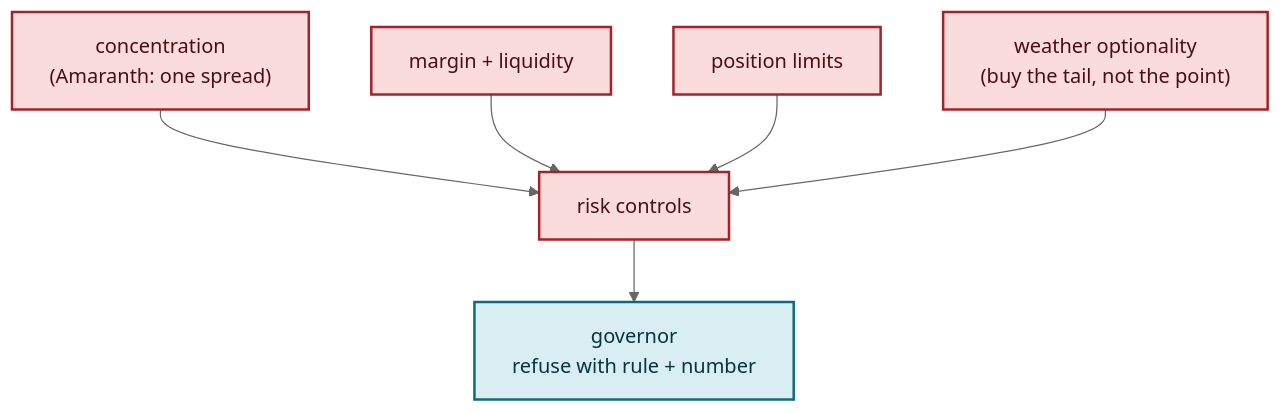
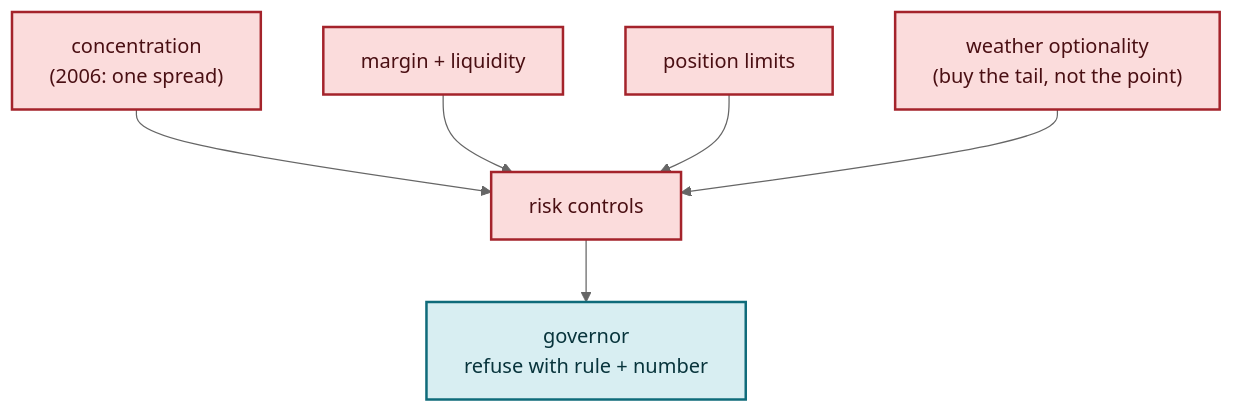
One commit to intametrix/CryptAlyst changed the diagram in docs/uk-gas/u12-risk.mmd. Above: the diagram before and after it, drawn with Mermaid (neutral theme). The commit also changed 11 other files, not shown here.

```diff
--- a/docs/uk-gas/u12-risk.mmd
+++ b/docs/uk-gas/u12-risk.mmd
@@ -1,17 +1,17 @@
 flowchart TD
-    R1["concentration<br/>(Amaranth: one spread)"] --> R["risk controls"]
+    R1["concentration<br/>(2006: one spread)"] --> R["risk controls"]
     R2["margin + liquidity"] --> R
     R3["position limits"] --> R
     R4["weather optionality<br/>(buy the tail, not the point)"] --> R
     R --> GOV["governor<br/>refuse with rule + number"]
     class R1,R2,R3,R4 c_risk
     class R c_risk
     class GOV c_control
 %% colour by role
 classDef c_market  fill:#dbe9fb,stroke:#1d4e89,color:#0b2545,stroke-width:2px;
 classDef c_intel   fill:#d9f2e3,stroke:#1d7a4d,color:#0d3b26,stroke-width:2px;
 classDef c_model   fill:#ffe9c7,stroke:#b7791f,color:#4a2f00,stroke-width:2px;
 classDef c_risk    fill:#fbdcdc,stroke:#a4232b,color:#4a0f13,stroke-width:2px;
 classDef c_control fill:#d8eef2,stroke:#0f6b7a,color:#08343c,stroke-width:2px;
 classDef c_store   fill:#e9e3f7,stroke:#5b3fa8,color:#2a1a55,stroke-width:2px;
 classDef c_neutral fill:#eef1f5,stroke:#4b5b6e,color:#1f2b38,stroke-width:2px;
```
